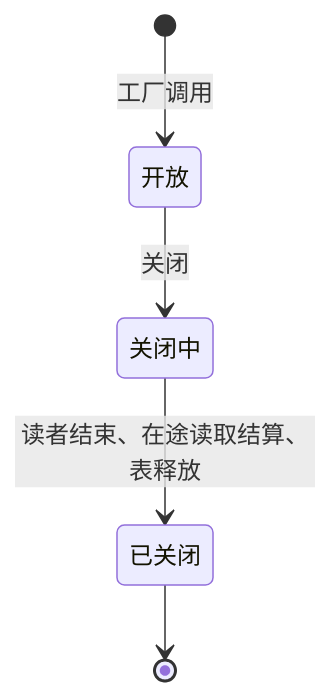
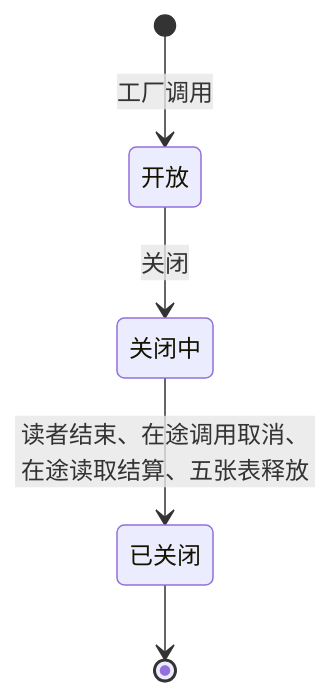
Before and after one commit to nemori-ai/omne-harness-lite: the second of 2 diagrams in packages/context/runtime-context/docs/object-model.md, drawn with Mermaid. The commit also changed other lines of this file and 68 other files, not shown here.

````diff
--- a/packages/context/runtime-context/docs/object-model.md
+++ b/packages/context/runtime-context/docs/object-model.md
@@ -84,7 +127,7 @@
 ```mermaid
 stateDiagram-v2
   [*] --> 开放: 工厂调用
   开放 --> 关闭中: 关闭
-  关闭中 --> 已关闭: 读者结束、在途读取结算、表释放
+  关闭中 --> 已关闭: 读者结束、在途调用取消、在途读取结算、五张表释放
   已关闭 --> [*]
 ```
````
